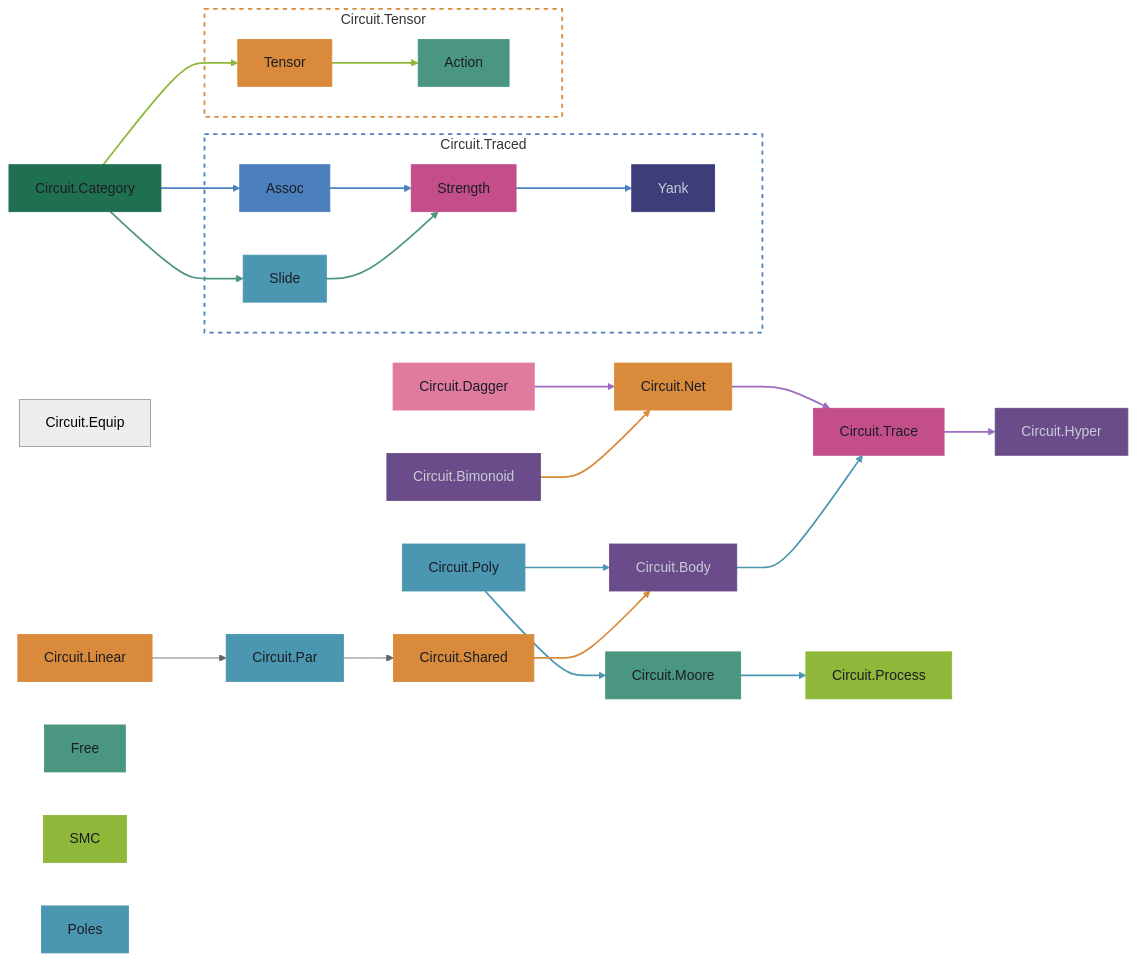
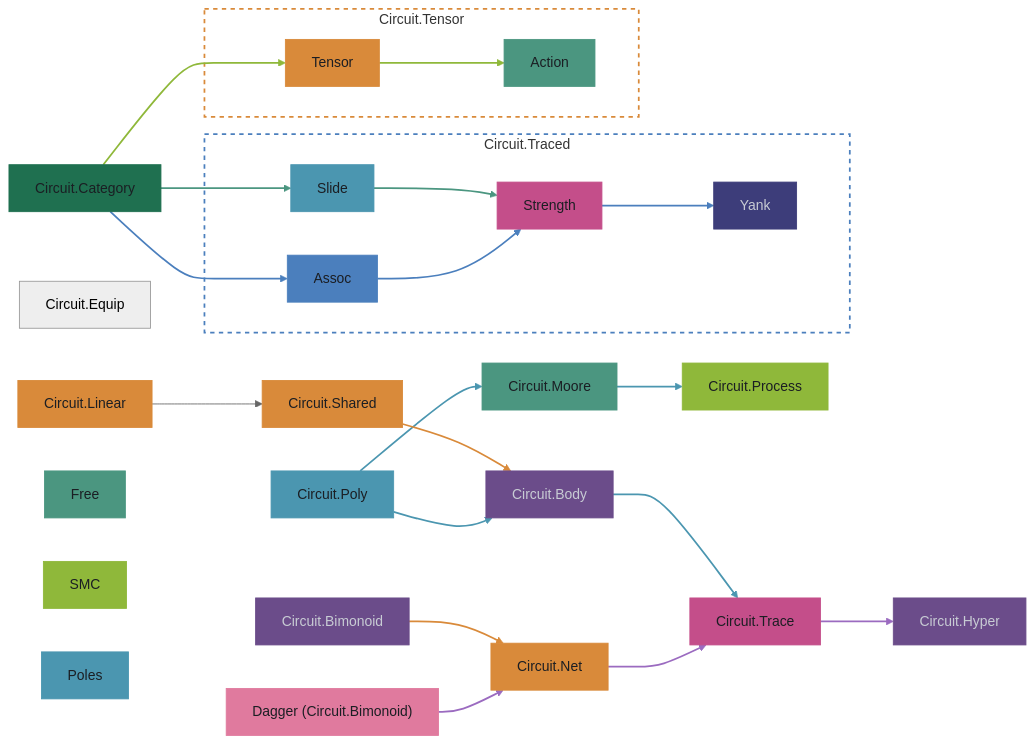
Before and after one commit to tonyday567/circuits: the second of 2 diagrams in readme.md, drawn with Mermaid (neutral theme). The commit also changed 26 other files, not shown here.

Commit message:
SMC into Net, Par into Linear, Dagger into Bimonoid; evalPullback chain-rule falsifier; kill synonym wrappers incl Trace.base; stale-haddock and setup fixes

````diff
--- a/readme.md
+++ b/readme.md
@@ -63,77 +63,74 @@
 ```mermaid
 graph LR
   Category["Circuit.Category"]
 
   subgraph Channel ["Circuit.Traced"]
     Assoc["Assoc"]
     Slide["Slide"]
     Strength["Strength"]
     Yank["Yank"]
   end
 
   subgraph Tensor ["Circuit.Tensor"]
     TensorClass["Tensor"]
     Action["Action"]
   end
 
   Net["Circuit.Net"]
   Trace["Circuit.Trace"]
   Hyper["Circuit.Hyper"]
-  Dagger["Circuit.Dagger"]
+  Dagger["Dagger (Circuit.Bimonoid)"]
   Equip["Circuit.Equip"]
   Body["Circuit.Body"]
   Poly["Circuit.Poly"]
   Moore["Circuit.Moore"]
   Process["Circuit.Process"]
   Shared["Circuit.Shared"]
   Bimonoid["Circuit.Bimonoid"]
-  Par["Circuit.Par"]
   Linear["Circuit.Linear"]
 
   Category --> Assoc --> Strength --> Yank
   Category --> Slide --> Strength
   Category --> TensorClass --> Action
   Net --> Trace
   Trace --> Hyper
   Dagger --> Net
   Body --> Trace
   Poly --> Body
   Poly --> Moore
   Moore --> Process
   Shared --> Body
   Bimonoid --> Net
-  Par --> Shared
-  Linear --> Par
+  Linear --> Shared
 
   linkStyle 0,1,2 stroke:#4B7FBD,stroke-width:2px
   linkStyle 3,4 stroke:#4B9680,stroke-width:2px
   linkStyle 5,6 stroke:#8FB83A,stroke-width:2px
   linkStyle 7,8,9 stroke:#9B6BC0,stroke-width:2px
   linkStyle 10,11,12,13 stroke:#4B96B0,stroke-width:2px
   linkStyle 14,15 stroke:#D98A3A,stroke-width:2px
 
   style Channel fill:transparent,stroke:#4B7FBD,stroke-width:2px,stroke-dasharray: 5 5
   style Tensor fill:transparent,stroke:#D98A3A,stroke-width:2px,stroke-dasharray: 5 5
   style Category fill:#1F7050,stroke:#1F7050,color:#1b1e23
   style Assoc fill:#4B7FBD,stroke:#4B7FBD,color:#1b1e23
   style Slide fill:#4B96B0,stroke:#4B96B0,color:#1b1e23
   style Strength fill:#C44E8A,stroke:#C44E8A,color:#1b1e23
   style Yank fill:#3D3D7A,stroke:#3D3D7A,color:#c8ccd4
   style TensorClass fill:#D98A3A,stroke:#D98A3A,color:#1b1e23
   style Action fill:#4B9680,stroke:#4B9680,color:#1b1e23
   style Free fill:#4B9680,stroke:#4B9680,color:#1b1e23
   style SMC fill:#8FB83A,stroke:#8FB83A,color:#1b1e23
   style Net fill:#D98A3A,stroke:#D98A3A,color:#1b1e23
   style Trace fill:#C44E8A,stroke:#C44E8A,color:#1b1e23
   style Hyper fill:#6B4C8A,stroke:#6B4C8A,color:#c8ccd4
   style Dagger fill:#E07A9E,stroke:#E07A9E,color:#1b1e23
   style Poles fill:#4B96B0,stroke:#4B96B0,color:#1b1e23
   style Body fill:#6B4C8A,stroke:#6B4C8A,color:#c8ccd4
   style Poly fill:#4B96B0,stroke:#4B96B0,color:#1b1e23
   style Moore fill:#4B9680,stroke:#4B9680,color:#1b1e23
   style Process fill:#8FB83A,stroke:#8FB83A,color:#1b1e23
   style Shared fill:#D98A3A,stroke:#D98A3A,color:#1b1e23
   style Bimonoid fill:#6B4C8A,stroke:#6B4C8A,color:#c8ccd4
-  style Par fill:#4B96B0,stroke:#4B96B0,color:#1b1e23
   style Linear fill:#D98A3A,stroke:#D98A3A,color:#1b1e23
 ```
````
